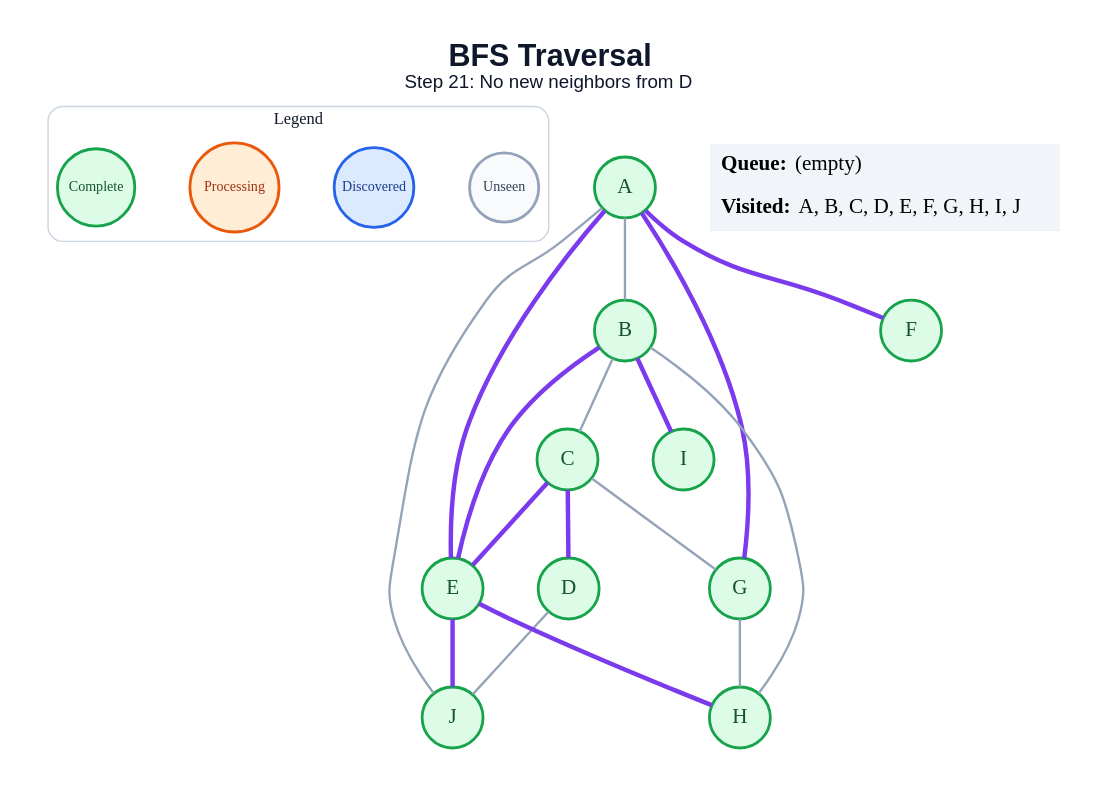
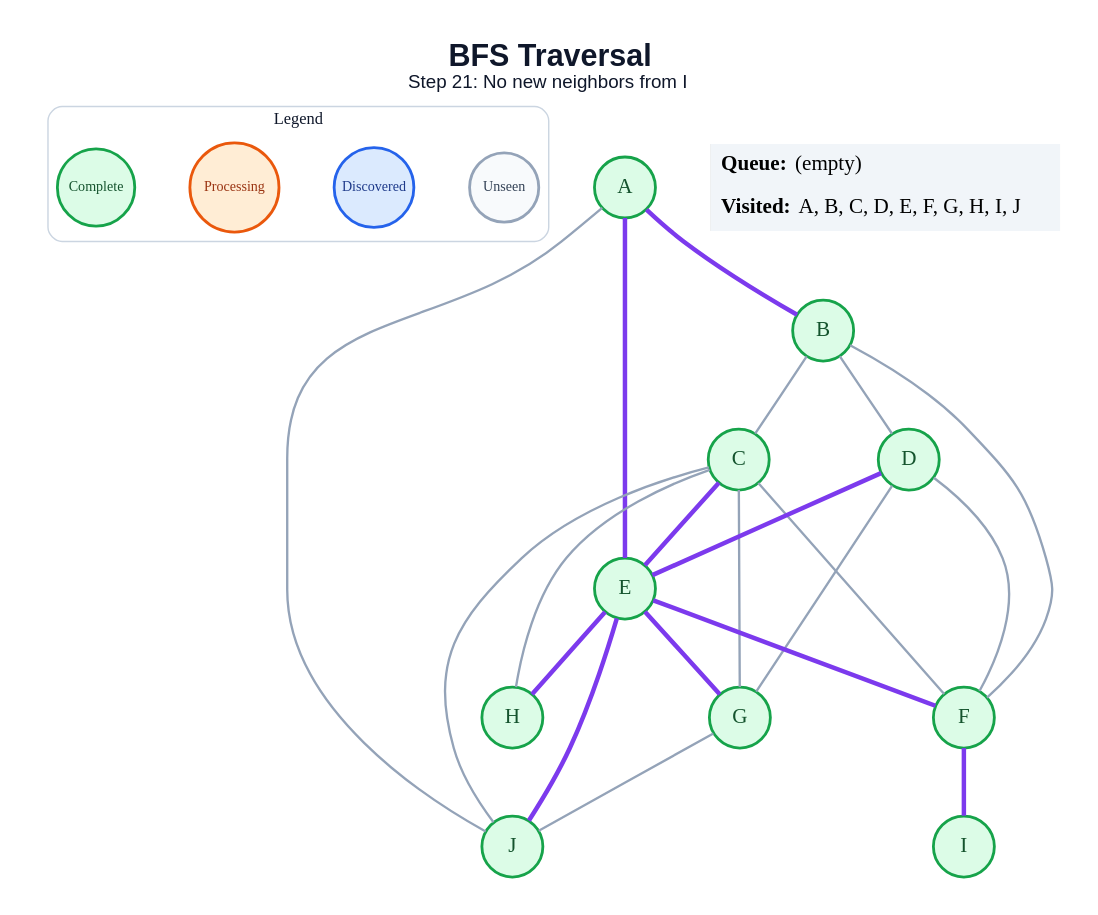
One commit to anon7238593-create/ai-slop changed the diagram in generated/specific-node/bfs/step_21.dot. Above: the diagram before and after it, drawn with Graphviz. The commit also changed 171 other files, not shown here.

```diff
--- a/generated/specific-node/bfs/step_21.dot
+++ b/generated/specific-node/bfs/step_21.dot
@@ -1,45 +1,49 @@
 graph traversal {
   graph [layout=dot, rankdir=TB, bgcolor="#FFFFFF", pad="0.35", nodesep="0.65", ranksep="0.8", fontname="Arial"];
   node [shape=circle, style="filled", fontname="Arial Bold", fontsize=18, width=0.72, fixedsize=true, penwidth=2.4];
   edge [color="#94A3B8", penwidth=2.0];
-  label=<<B>BFS Traversal</B><BR/><FONT POINT-SIZE="16">Step 21: No new neighbors from D</FONT>>; labelloc="t"; fontsize=26; fontname="Arial"; fontcolor="#0F172A";
+  label=<<B>BFS Traversal</B><BR/><FONT POINT-SIZE="16">Step 21: No new neighbors from I</FONT>>; labelloc="t"; fontsize=26; fontname="Arial"; fontcolor="#0F172A";
   subgraph cluster_legend { label="Legend"; color="#CBD5E1"; penwidth=1.2; style="rounded"; fontsize=14; fontname="Arial Bold";
     key_unseen [label="Unseen", fillcolor="#F8FAFC", color="#94A3B8", fontcolor="#334155", fontsize=12, width=0.82];
     key_frontier [label="Discovered", fillcolor="#DBEAFE", color="#2563EB", fontcolor="#1E3A8A", fontsize=12, width=0.95];
     key_current [label="Processing", fillcolor="#FFEDD5", color="#EA580C", fontcolor="#9A3412", fontsize=12, width=1.05];
     key_done [label="Complete", fillcolor="#DCFCE7", color="#16A34A", fontcolor="#14532D", fontsize=12, width=0.92];
     { rank=same; key_unseen; key_frontier; key_current; key_done; }
   }
   A [fillcolor="#DCFCE7", color="#16A34A", fontcolor="#14532D"];
   B [fillcolor="#DCFCE7", color="#16A34A", fontcolor="#14532D"];
   C [fillcolor="#DCFCE7", color="#16A34A", fontcolor="#14532D"];
   D [fillcolor="#DCFCE7", color="#16A34A", fontcolor="#14532D"];
   E [fillcolor="#DCFCE7", color="#16A34A", fontcolor="#14532D"];
   F [fillcolor="#DCFCE7", color="#16A34A", fontcolor="#14532D"];
   G [fillcolor="#DCFCE7", color="#16A34A", fontcolor="#14532D"];
   H [fillcolor="#DCFCE7", color="#16A34A", fontcolor="#14532D"];
   I [fillcolor="#DCFCE7", color="#16A34A", fontcolor="#14532D"];
   J [fillcolor="#DCFCE7", color="#16A34A", fontcolor="#14532D"];
-  A -- B;
+  A -- B [color="#7C3AED", penwidth=3.8];
   A -- E [color="#7C3AED", penwidth=3.8];
-  A -- F [color="#7C3AED", penwidth=3.8];
-  A -- G [color="#7C3AED", penwidth=3.8];
   A -- J;
   B -- C;
-  B -- E [color="#7C3AED", penwidth=3.8];
-  B -- H;
-  B -- I [color="#7C3AED", penwidth=3.8];
-  C -- D [color="#7C3AED", penwidth=3.8];
+  B -- D;
+  B -- F;
   C -- E [color="#7C3AED", penwidth=3.8];
+  C -- F;
   C -- G;
-  D -- J;
+  C -- H;
+  C -- J;
+  D -- E [color="#7C3AED", penwidth=3.8];
+  D -- F;
+  D -- G;
+  E -- F [color="#7C3AED", penwidth=3.8];
+  E -- G [color="#7C3AED", penwidth=3.8];
   E -- H [color="#7C3AED", penwidth=3.8];
   E -- J [color="#7C3AED", penwidth=3.8];
-  G -- H;
+  F -- I [color="#7C3AED", penwidth=3.8];
+  G -- J;
   status [shape=plain, fixedsize=false, width=0, height=0, margin=0, label=<
     <TABLE BORDER="0" CELLBORDER="0" CELLPADDING="7" BGCOLOR="#F1F5F9">
       <TR><TD ALIGN="LEFT"><B>Queue:</B> (empty)</TD></TR>
       <TR><TD ALIGN="LEFT"><B>Visited:</B> A, B, C, D, E, F, G, H, I, J</TD></TR>
     </TABLE>
   >];
 }
```
